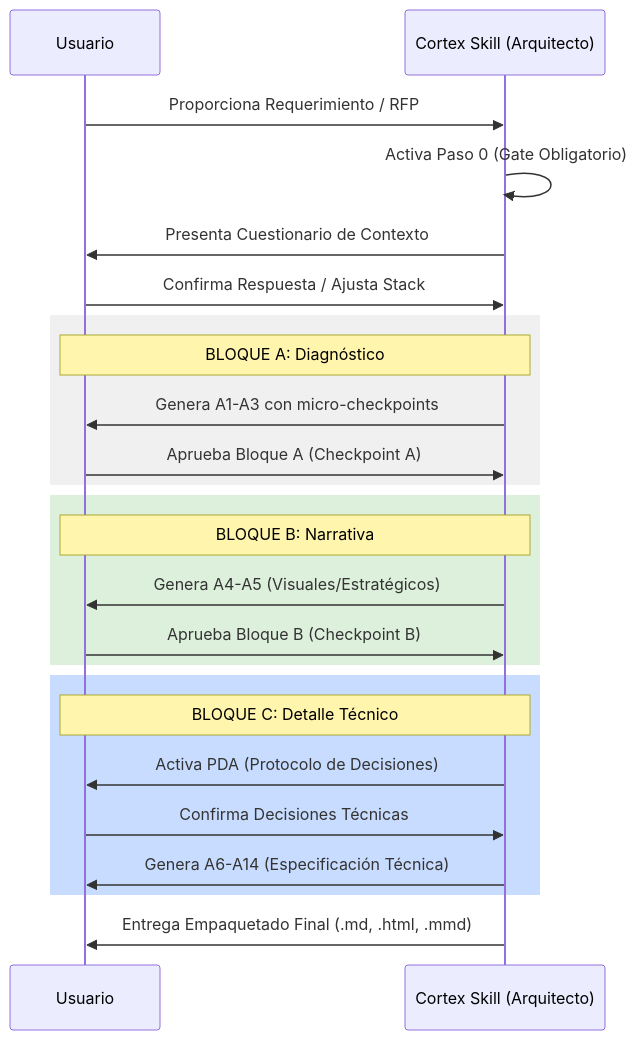
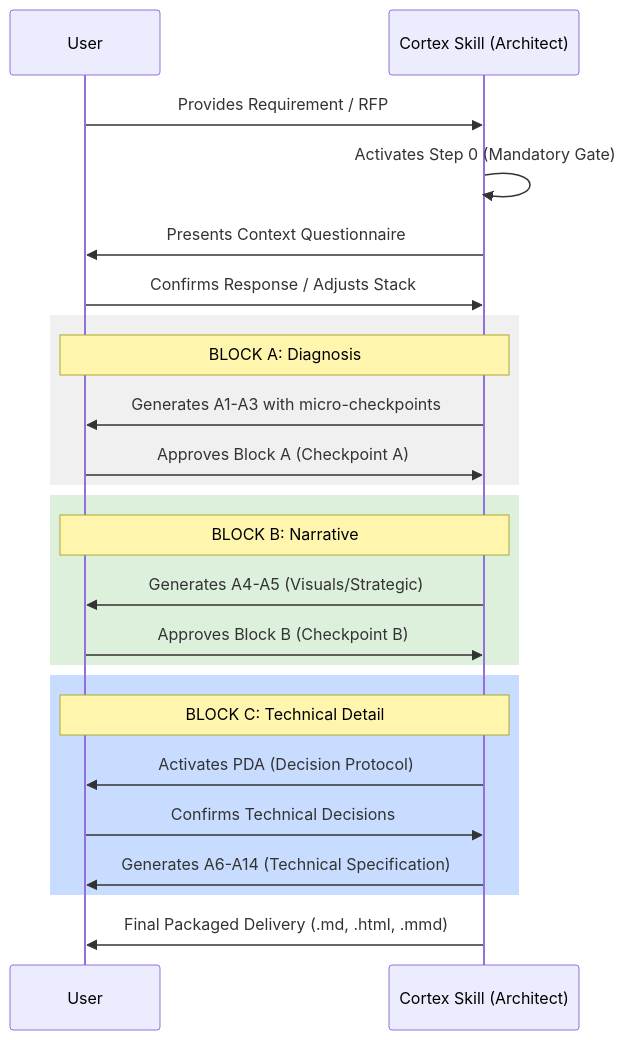
The second of 4 diagrams in README.md (alejandroSanchezCaceres/cortex-skill-architectural-analysis), drawn with Mermaid before and after one commit. The commit also changed other lines of this file and 7 other files, not shown here.

````diff
--- a/README.md
+++ b/README.md
@@ -56,31 +59,31 @@
 ```mermaid
 sequenceDiagram
-    participant U as Usuario
-    participant S as Cortex Skill (Arquitecto)
+    participant U as User
+    participant S as Cortex Skill (Architect)
     
-    U->>S: Proporciona Requerimiento / RFP
-    S->>S: Activa Paso 0 (Gate Obligatorio)
-    S->>U: Presenta Cuestionario de Contexto
-    U->>S: Confirma Respuesta / Ajusta Stack
+    U->>S: Provides Requirement / RFP
+    S->>S: Activates Step 0 (Mandatory Gate)
+    S->>U: Presents Context Questionnaire
+    U->>S: Confirms Response / Adjusts Stack
     
     Rect rgb(240, 240, 240)
-        Note over S, U: BLOQUE A: Diagnóstico
-        S->>U: Genera A1-A3 con micro-checkpoints
-        U->>S: Aprueba Bloque A (Checkpoint A)
+        Note over S, U: BLOCK A: Diagnosis
+        S->>U: Generates A1-A3 with micro-checkpoints
+        U->>S: Approves Block A (Checkpoint A)
     End
     
     Rect rgb(220, 240, 220)
-        Note over S, U: BLOQUE B: Narrativa
-        S->>U: Genera A4-A5 (Visuales/Estratégicos)
-        U->>S: Aprueba Bloque B (Checkpoint B)
+        Note over S, U: BLOCK B: Narrative
+        S->>U: Generates A4-A5 (Visuals/Strategic)
+        U->>S: Approves Block B (Checkpoint B)
     End
     
     Rect rgb(200, 220, 255)
-        Note over S, U: BLOQUE C: Detalle Técnico
-        S->>U: Activa PDA (Protocolo de Decisiones)
-        U->>S: Confirma Decisiones Técnicas
-        S->>U: Genera A6-A14 (Especificación Técnica)
+        Note over S, U: BLOCK C: Technical Detail
+        S->>U: Activates PDA (Decision Protocol)
+        U->>S: Confirms Technical Decisions
+        S->>U: Generates A6-A14 (Technical Specification)
     End
     
-    S->>U: Entrega Empaquetado Final (.md, .html, .mmd)
+    S->>U: Final Packaged Delivery (.md, .html, .mmd)
 ```
````
